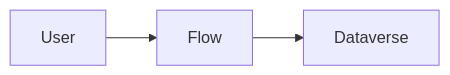
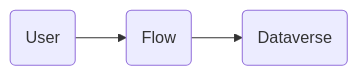
Before and after one commit to itweedie/itweedie.github.io: the first of 6 diagrams in content/flowProxy/240917-M365UG/_index.md, drawn with Mermaid. The commit also changed other lines of this file and 47 other files, not shown here.

```diff
--- a/content/flowProxy/240917-M365UG/_index.md
+++ b/content/flowProxy/240917-M365UG/_index.md
@@ -239,4 +326,4 @@
 {{< mermaid >}}
 graph LR
-    A[User] --> B[Flow] --> C[Dataverse]
+    A(User) --> B(Flow) --> C(Dataverse)
 {{< /mermaid >}}
```
